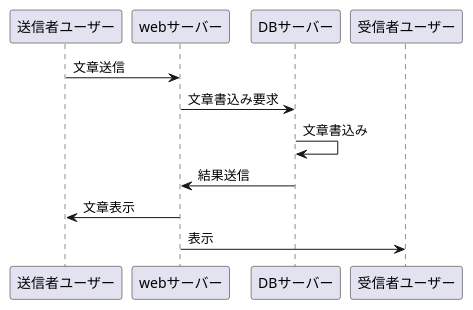
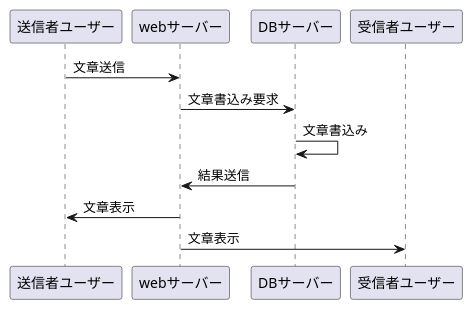
One commit to Aso2001137/2021sys-design changed the diagram in チャット.md. Above: the diagram before and after it, drawn with PlantUML.

````diff
--- a/チャット.md
+++ b/チャット.md
@@ -2,10 +2,10 @@
 ```uml
 @startuml
 送信者ユーザー -> webサーバー:文章送信
 webサーバー -> DBサーバー:文章書込み要求
 DBサーバー -> DBサーバー:文章書込み
 DBサーバー -> webサーバー:結果送信
 webサーバー -> 送信者ユーザー:文章表示
-webサーバー -> 受信者ユーザー:表示
+webサーバー -> 受信者ユーザー:文章表示
 @enduml
 ```
````
